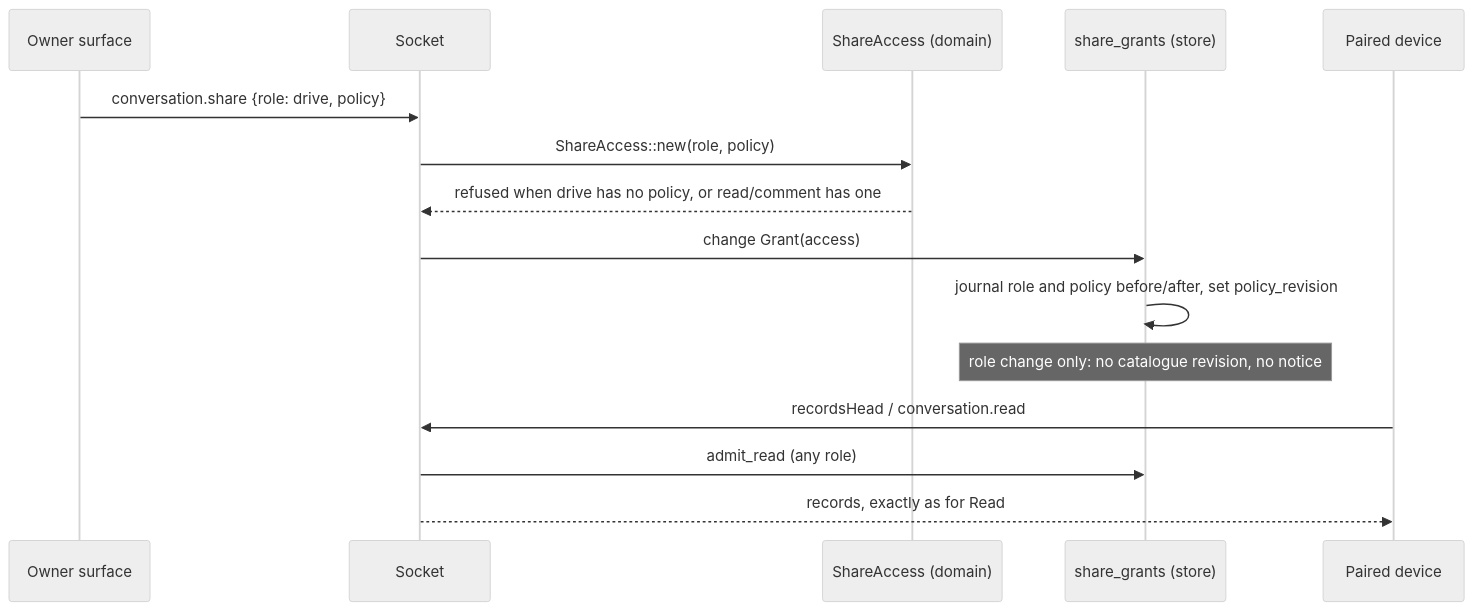
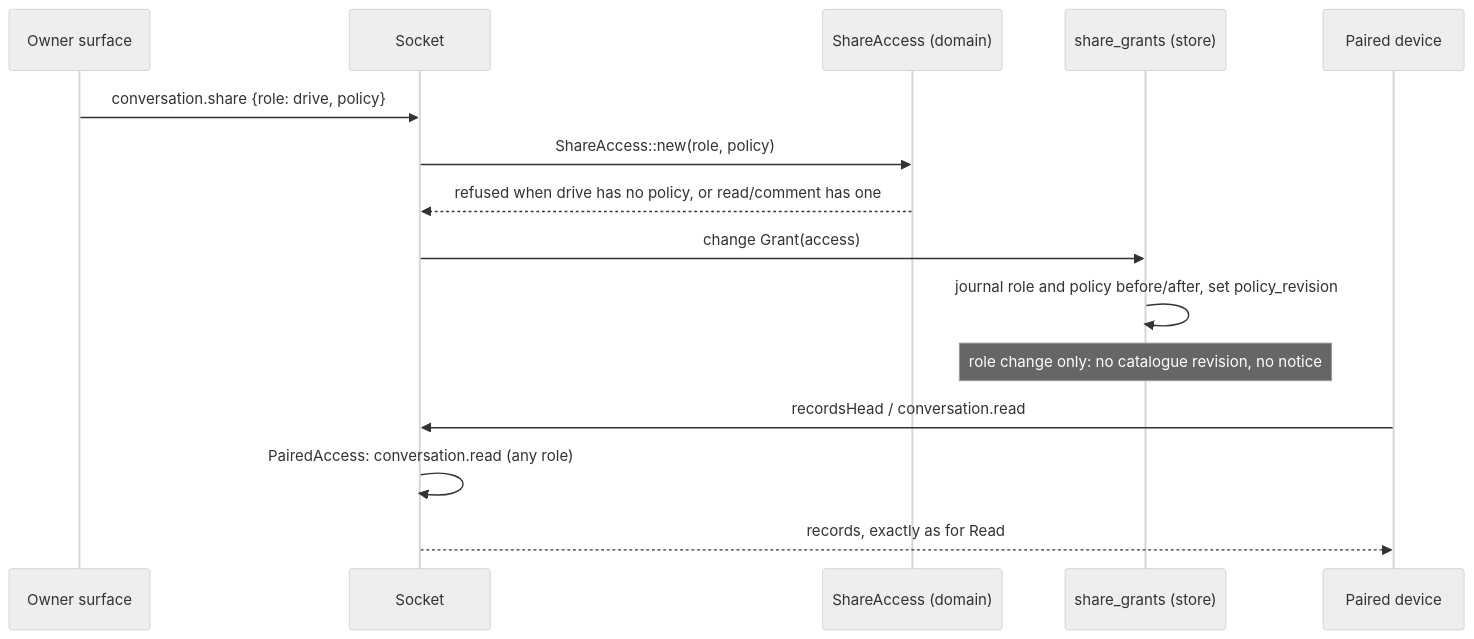
One commit to nessalabs/nessa-agent changed the second of 6 diagrams in docs/design/read-grants.md. Above: the diagram before and after it, drawn with Mermaid (neutral theme). The commit also changed other lines of this file and 120 other files, not shown here.

First line of the commit message:
Conversation access, agent commands and MCP App calls are Cedar policies (ADR 803 steps 3 and 4) (#837)

````diff
--- a/docs/design/read-grants.md
+++ b/docs/design/read-grants.md
@@ -190,17 +208,17 @@
 ```mermaid
 sequenceDiagram
     participant Owner as Owner surface
     participant Socket
     participant Domain as ShareAccess (domain)
     participant Grants as share_grants (store)
     participant Device as Paired device
     Owner->>Socket: conversation.share {role: drive, policy}
     Socket->>Domain: ShareAccess::new(role, policy)
     Domain-->>Socket: refused when drive has no policy, or read/comment has one
     Socket->>Grants: change Grant(access)
     Grants->>Grants: journal role and policy before/after, set policy_revision
     Note over Grants: role change only: no catalogue revision, no notice
     Device->>Socket: recordsHead / conversation.read
-    Socket->>Grants: admit_read (any role)
+    Socket->>Socket: PairedAccess: conversation.read (any role)
     Socket-->>Device: records, exactly as for Read
 ```
````
